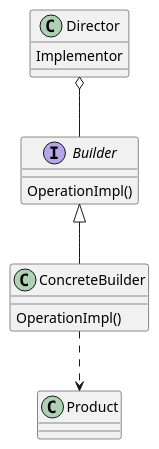
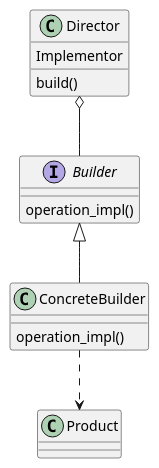
Before and after one commit to sirejik/software-design-patterns: the diagram in creational_patterns/builder/builder.puml, drawn with PlantUML. The commit also changed 4 other files, not shown here.

```diff
--- a/creational_patterns/builder/builder.puml
+++ b/creational_patterns/builder/builder.puml
@@ -1,21 +1,22 @@
 @startuml
 
 class Director {
     Implementor
+    build()
 }
 
 interface Builder {
-    OperationImpl()
+    operation_impl()
 }
 Director o-- Builder
 
 class ConcreteBuilder {
-    OperationImpl()
+    operation_impl()
 }
 Builder <|-- ConcreteBuilder
 
 class Product {
 }
 ConcreteBuilder ..> Product
 
 @enduml
```
